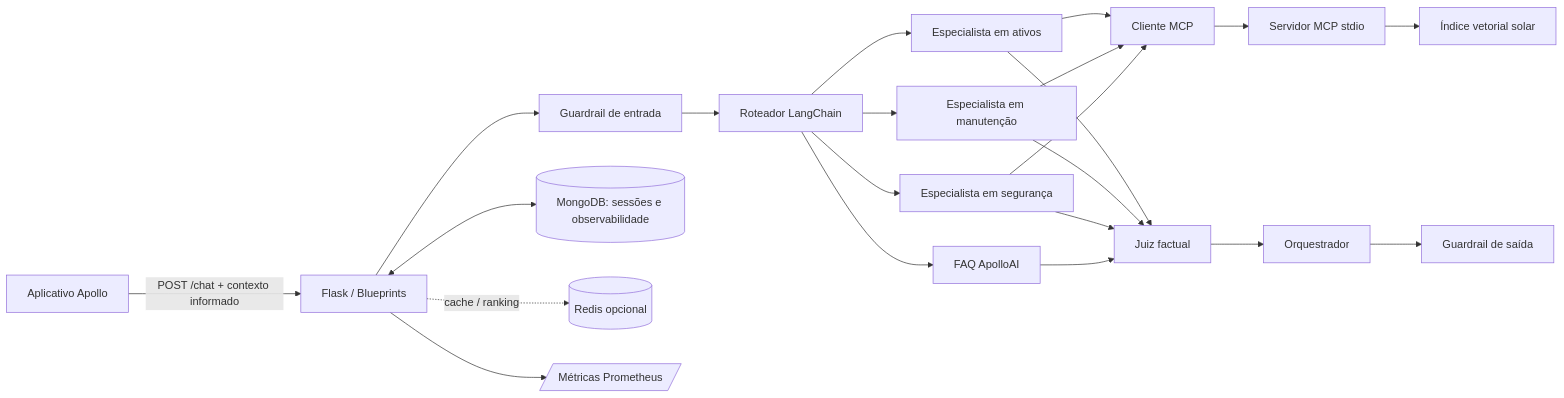
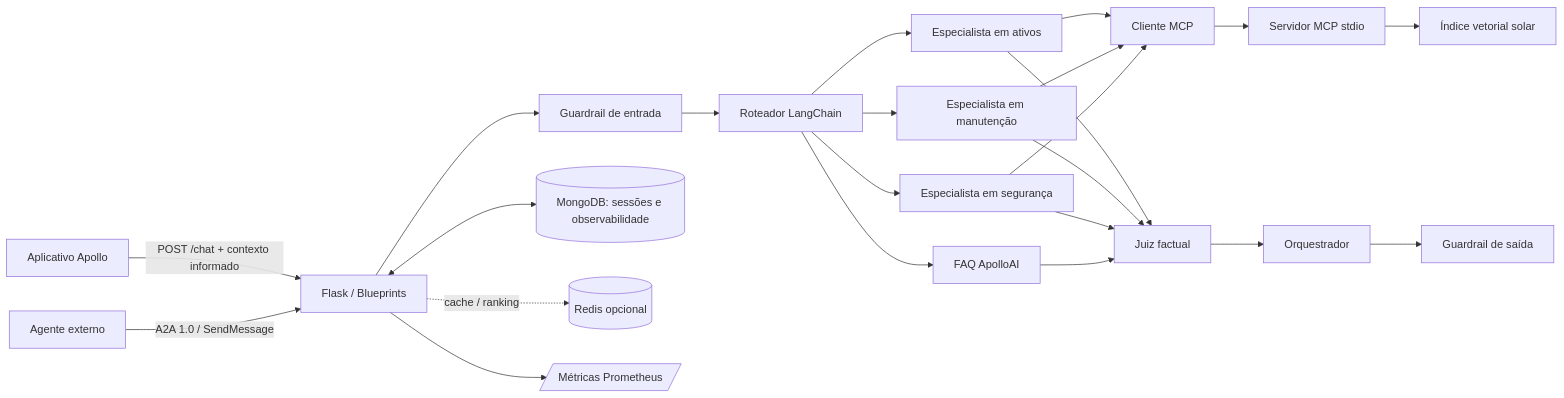
The diagram in docs/ARCHITECTURE.md (ApolloOficial/Chatbot-ApolloAI), drawn with Mermaid before and after one commit. The commit also changed other lines of this file and 5 other files, not shown here.

````diff
--- a/docs/ARCHITECTURE.md
+++ b/docs/ARCHITECTURE.md
@@ -3,19 +3,20 @@
 ```mermaid
 flowchart LR
     Mobile[Aplicativo Apollo] -->|POST /chat + contexto informado| Flask[Flask / Blueprints]
+    External[Agente externo] -->|A2A 1.0 / SendMessage| Flask
     Flask --> GE[Guardrail de entrada]
     GE --> R[Roteador LangChain]
     R --> A[Especialista em ativos]
     R --> M[Especialista em manutenção]
     R --> S[Especialista em segurança]
     R --> F[FAQ ApolloAI]
     A & M & S --> MC[Cliente MCP]
     MC --> MS[Servidor MCP stdio]
     MS --> RAG[Índice vetorial solar]
     A & M & S & F --> J[Juiz factual]
     J --> O[Orquestrador]
     O --> GS[Guardrail de saída]
     Flask <--> Mongo[(MongoDB: sessões e observabilidade)]
     Flask -. cache / ranking .-> Redis[(Redis opcional)]
     Flask --> Prom[/Métricas Prometheus/]
 ```
````
